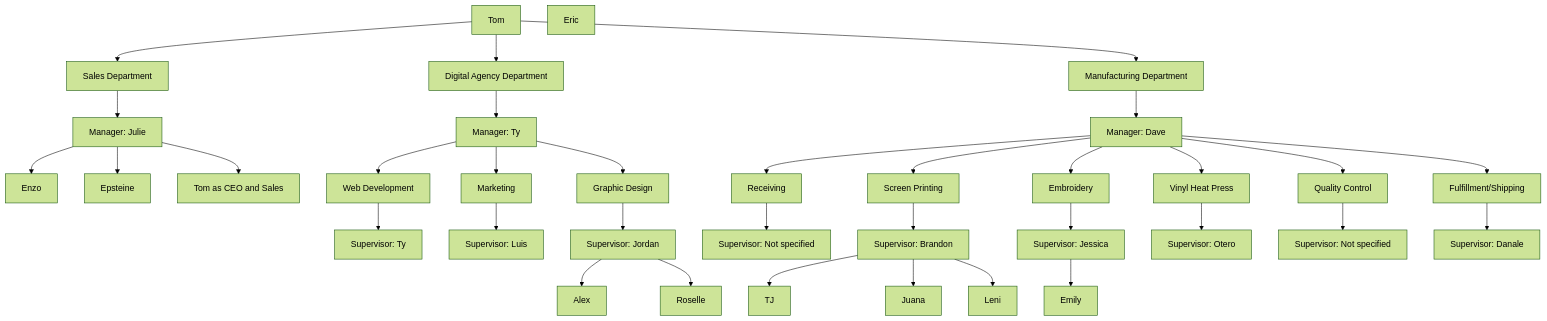
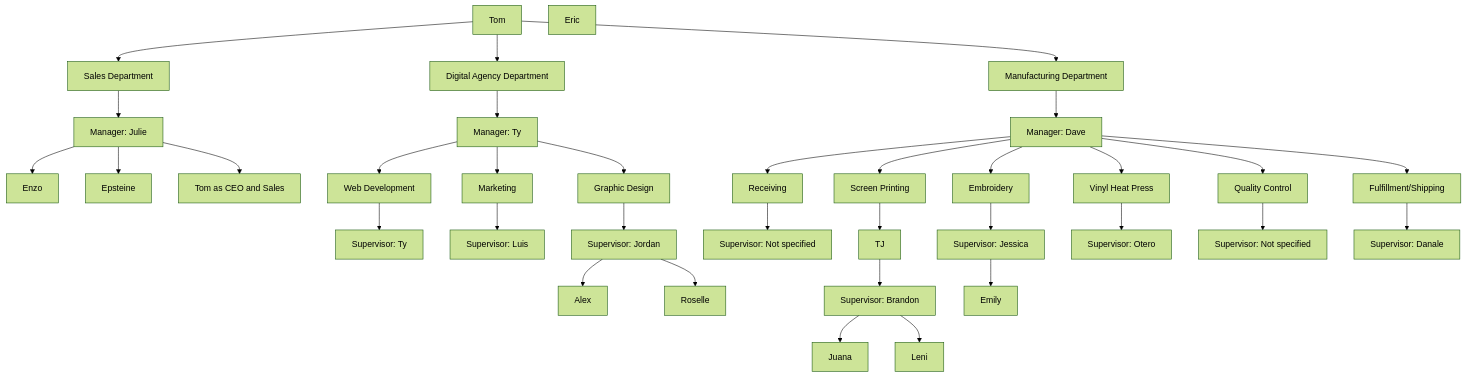
One commit to TyGrim13/4WinnerFlows changed the first of 11 diagrams in README.md. Above: the diagram before and after it, drawn with Mermaid (forest theme). The commit also changed other lines of this file, not shown here.

````diff
--- a/README.md
+++ b/README.md
@@ -28,73 +28,73 @@
 ```mermaid
 flowchart TD
     CEO[Tom] & Eric
     SalesDept[Sales Department]
     SalesMgr[Manager: Julie]
     Enzo[Enzo]
     Epsteine[Epsteine]
     TomAsSales[Tom as CEO and Sales]
     CEO --> SalesDept
     SalesDept --> SalesMgr
     SalesMgr --> Enzo
     SalesMgr --> Epsteine
     SalesMgr --> TomAsSales
 
     DigitalAgency[Digital Agency Department]
     DigitalMgr[Manager: Ty]
     WebDev[Web Development]
     WebSup[Supervisor: Ty]
     Marketing[Marketing]
     MarkSup[Supervisor: Luis]
     GraphicDesign[Graphic Design]
     GDSup[Supervisor: Jordan]
     Alex[Alex]
     Roselle[Roselle]
     CEO --> DigitalAgency
     DigitalAgency --> DigitalMgr
     DigitalMgr --> WebDev
     WebDev --> WebSup
     DigitalMgr --> Marketing
     Marketing --> MarkSup
     DigitalMgr --> GraphicDesign
     GraphicDesign --> GDSup
     GDSup --> Alex
     GDSup --> Roselle
 
     Manufacturing[Manufacturing Department]
     ManuMgr[Manager: Dave]
     Receiving[Receiving]
     RecSup[Supervisor: Not specified]
     ScreenPrinting[Screen Printing]
     SPBrandon[Supervisor: Brandon]
     SPTJ[TJ]
     SPJuana[Juana]
     SPLeni[Leni]
     Embroidery[Embroidery]
     EmbSup[Supervisor: Jessica]
     Emily[Emily]
     VinylHeatPress[Vinyl Heat Press]
     VHP[Supervisor: Otero]
     QualityControl[Quality Control]
     QCSup[Supervisor: Not specified]
     FulfillmentShipping[Fulfillment/Shipping]
     FulfillSup[Supervisor: Danale]
     CEO --> Manufacturing
     Manufacturing --> ManuMgr
     ManuMgr --> Receiving
     Receiving --> RecSup
     ManuMgr --> ScreenPrinting
-    ScreenPrinting --> SPBrandon
-    SPBrandon --> SPTJ
+    ScreenPrinting --> SPTJ
+    SPTJ --> SPBrandon
     SPBrandon --> SPJuana
     SPBrandon --> SPLeni
     ManuMgr --> Embroidery
     Embroidery --> EmbSup
     EmbSup --> Emily
     ManuMgr --> VinylHeatPress
     VinylHeatPress --> VHP
     ManuMgr --> QualityControl
     QualityControl --> QCSup
     ManuMgr --> FulfillmentShipping
     FulfillmentShipping --> FulfillSup
 
 ```
````
